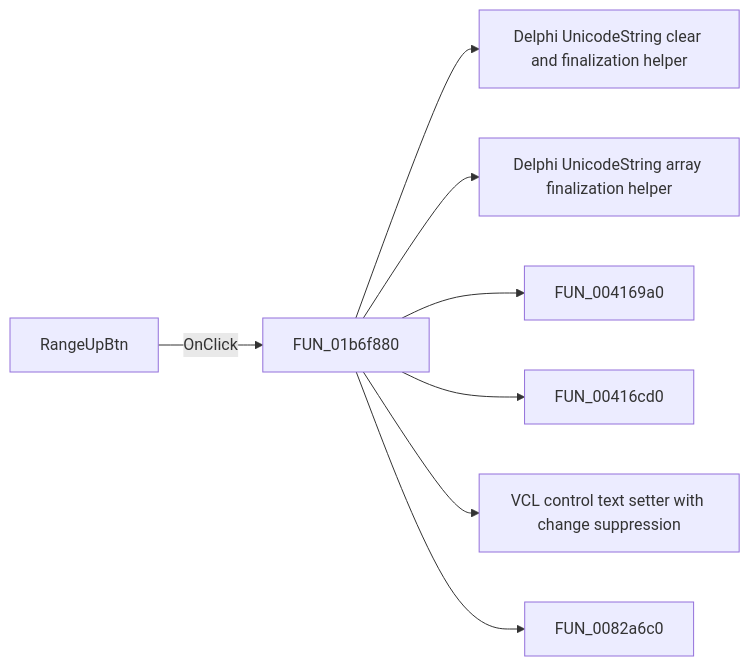
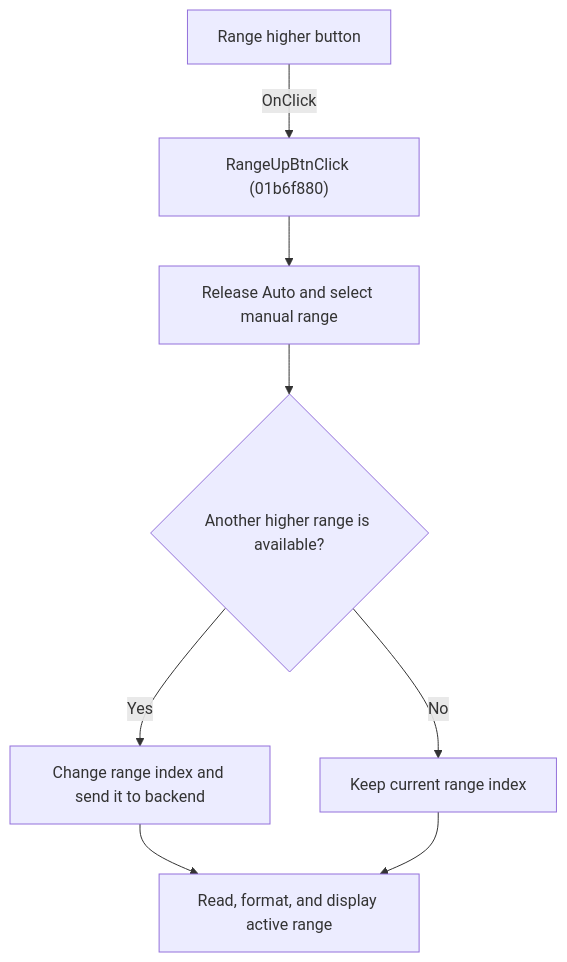
The diagram in docs/ui-controls/voltmeterwin/rangeupbtn-7c81b4e596.md (MovGP0/TIARA), drawn with Mermaid before and after one commit. The commit also changed other lines of this file and 1062 other files, not shown here.

````diff
--- a/docs/ui-controls/voltmeterwin/rangeupbtn-7c81b4e596.md
+++ b/docs/ui-controls/voltmeterwin/rangeupbtn-7c81b4e596.md
@@ -27,10 +27,10 @@
 ```mermaid
-flowchart LR
-    control["RangeUpBtn"] -->|OnClick| handler["FUN_01b6f880"]
-    handler --> call1["Delphi UnicodeString clear and finalization helper"]
-    handler --> call2["Delphi UnicodeString array finalization helper"]
-    handler --> call3["FUN_004169a0"]
-    handler --> call4["FUN_00416cd0"]
-    handler --> call5["VCL control text setter with change suppression"]
-    handler --> call6["FUN_0082a6c0"]
+flowchart TD
+    control["Range higher button"] -->|"OnClick"| handler["RangeUpBtnClick (01b6f880)"]
+    handler --> manual["Release Auto and select manual range"]
+    manual --> bound{"Another higher range is available?"}
+    bound -->|"Yes"| change["Change range index and send it to backend"]
+    bound -->|"No"| keep["Keep current range index"]
+    change --> display["Read, format, and display active range"]
+    keep --> display
 ```
````
